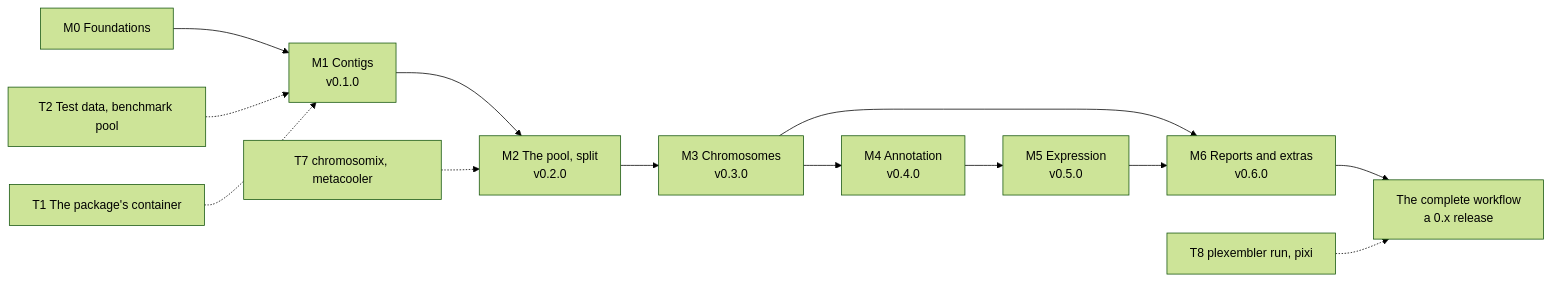
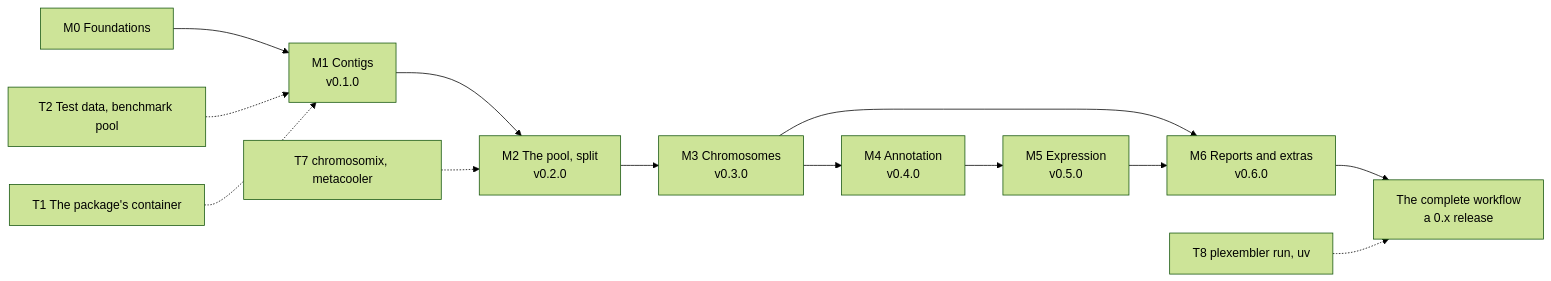
The diagram in docs/plan.md (js2264/plexembler), drawn with Mermaid (forest theme) before and after one commit. The commit also changed other lines of this file and 15 other files, not shown here.

````diff
--- a/docs/plan.md
+++ b/docs/plan.md
@@ -8,15 +8,15 @@
 ```mermaid
 flowchart LR
   M0[M0 Foundations] --> M1[M1 Contigs<br>v0.1.0]
   M1 --> M2[M2 The pool, split<br>v0.2.0]
   M2 --> M3[M3 Chromosomes<br>v0.3.0]
   M3 --> M4[M4 Annotation<br>v0.4.0]
   M4 --> M5[M5 Expression<br>v0.5.0]
   M3 --> M6[M6 Reports and extras<br>v0.6.0]
   M5 --> M6
   M6 --> C[The complete workflow<br>a 0.x release]
   T2[T2 Test data, benchmark pool] -.-> M1
   T1[T1 The package's container] -.-> M1
   T7[T7 chromosomix, metacooler] -.-> M2
-  T8[T8 plexembler run, pixi] -.-> C
+  T8[T8 plexembler run, uv] -.-> C
 ```
````
